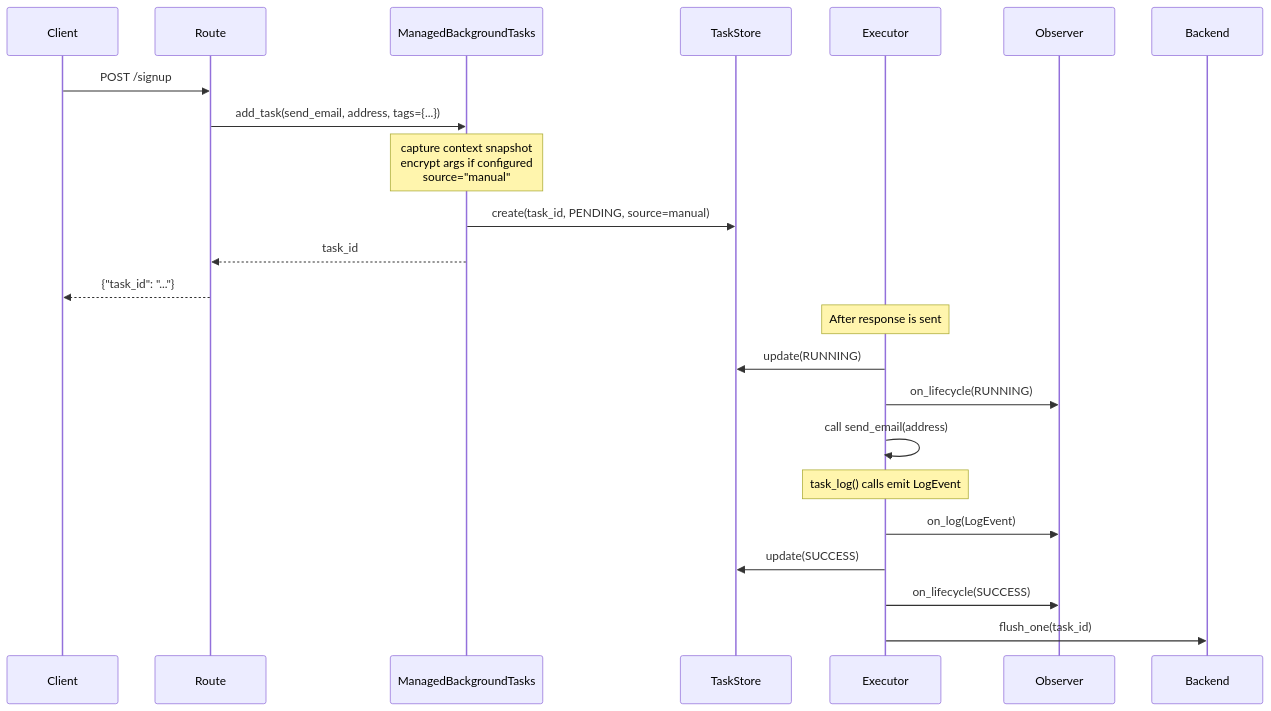
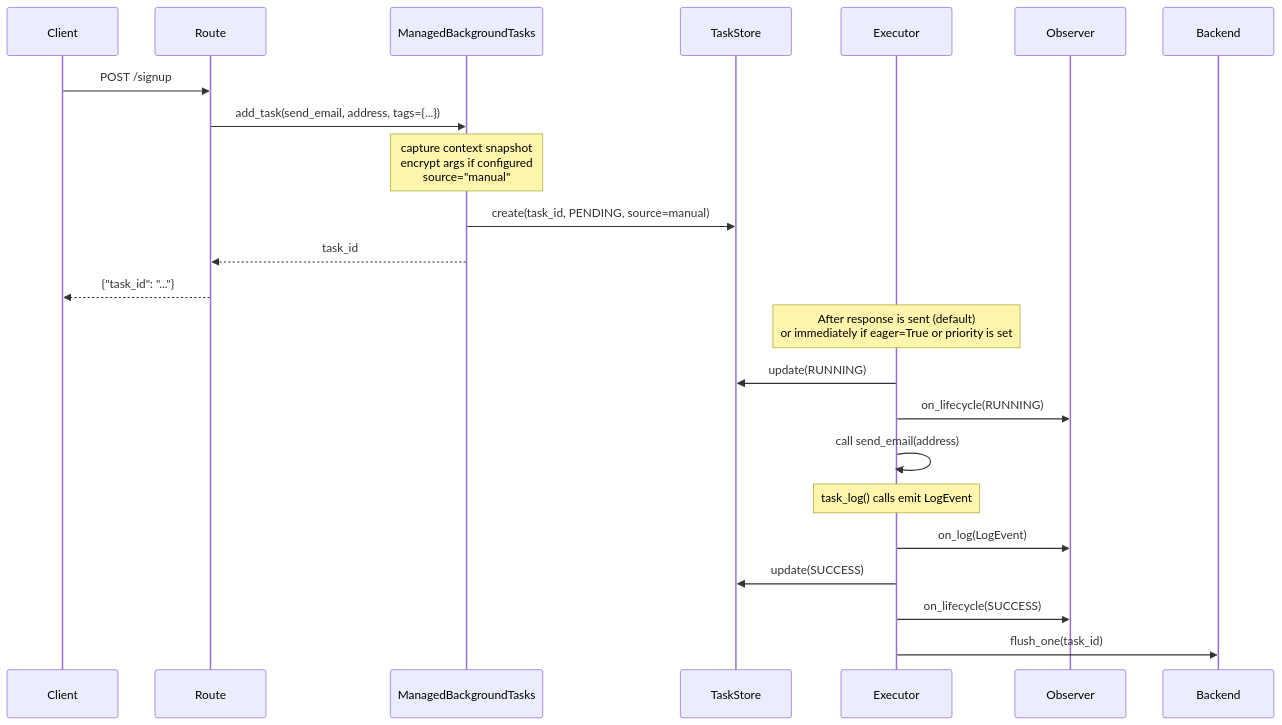
Before and after one commit to Attakay78/fastapi-taskflow: the first of 2 diagrams in docs/getting-started/quickstart.md, drawn with Mermaid. The commit also changed 25 other files, not shown here.

````diff
--- a/docs/getting-started/quickstart.md
+++ b/docs/getting-started/quickstart.md
@@ -75,27 +75,27 @@
 ```mermaid
 sequenceDiagram
     participant Client
     participant Route
     participant ManagedBackgroundTasks
     participant TaskStore
     participant Executor
     participant Observer
     participant Backend
 
     Client->>Route: POST /signup
     Route->>ManagedBackgroundTasks: add_task(send_email, address, tags={...})
     Note over ManagedBackgroundTasks: capture context snapshot<br/>encrypt args if configured<br/>source="manual"
     ManagedBackgroundTasks->>TaskStore: create(task_id, PENDING, source=manual)
     ManagedBackgroundTasks-->>Route: task_id
     Route-->>Client: {"task_id": "..."}
 
-    Note over Executor: After response is sent
+    Note over Executor: After response is sent (default)<br/>or immediately if eager=True or priority is set
     Executor->>TaskStore: update(RUNNING)
     Executor->>Observer: on_lifecycle(RUNNING)
     Executor->>Executor: call send_email(address)
     Note over Executor: task_log() calls emit LogEvent
     Executor->>Observer: on_log(LogEvent)
     Executor->>TaskStore: update(SUCCESS)
     Executor->>Observer: on_lifecycle(SUCCESS)
     Executor->>Backend: flush_one(task_id)
 ```
````
